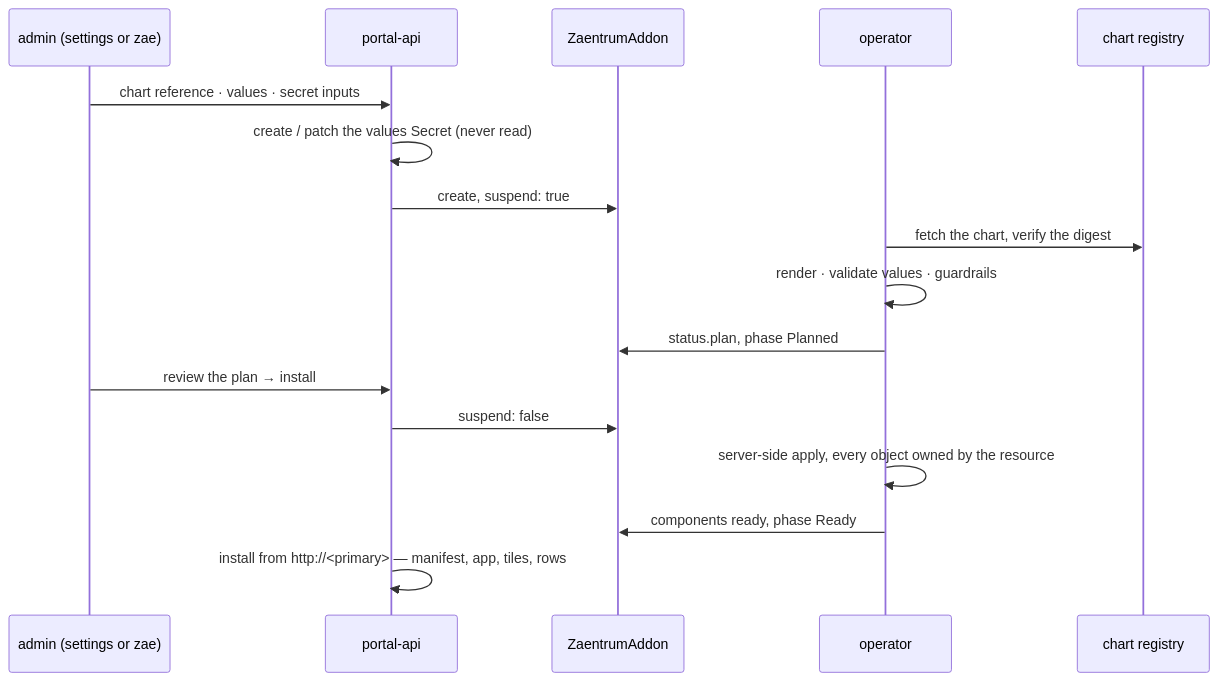
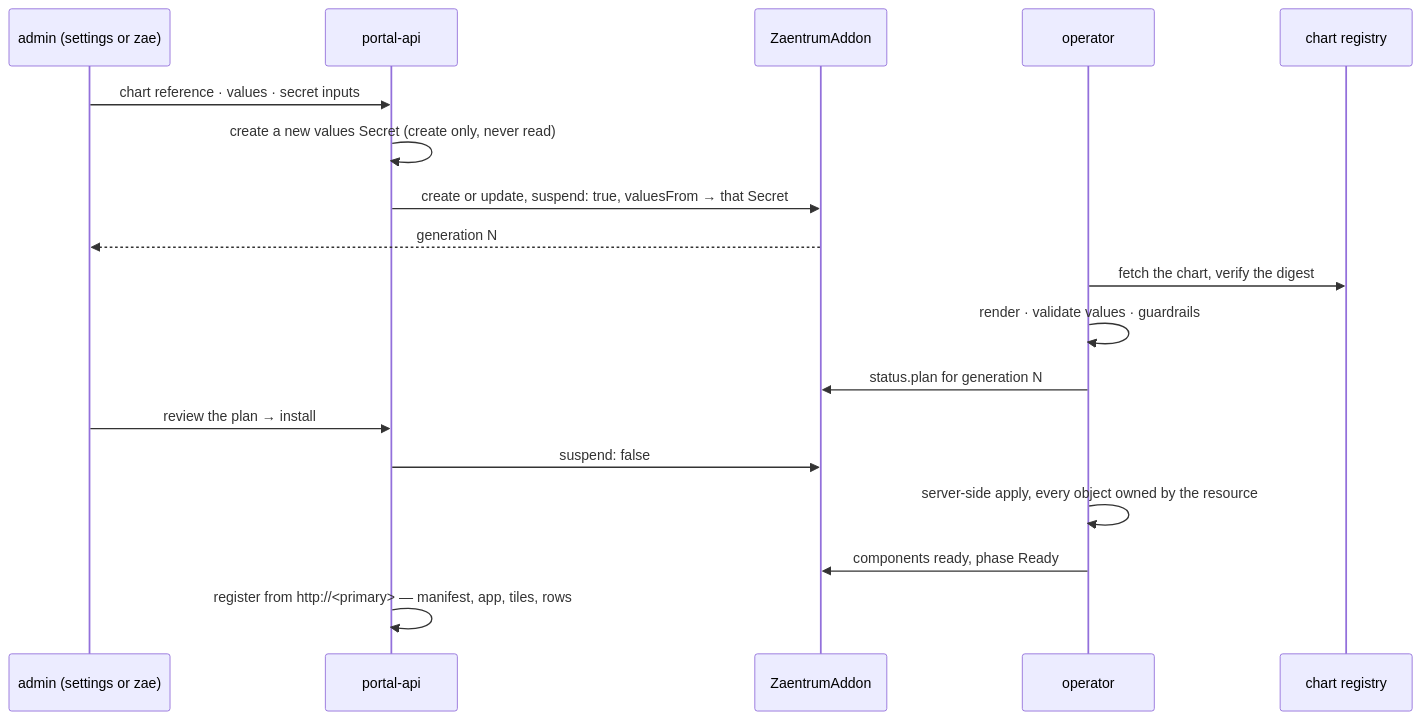
One commit to zaentrum/zaentrum changed the diagram in docs/extending/charts.md. Above: the diagram before and after it, drawn with Mermaid. The commit also changed other lines of this file, not shown here.

First line of the commit message:
docs(extending/charts): how the operator renders, the full guardrails, values Secrets and the API as built

````diff
--- a/docs/extending/charts.md
+++ b/docs/extending/charts.md
@@ -20,19 +20,20 @@
 ```mermaid
 sequenceDiagram
     participant Admin as admin (settings or zae)
     participant API as portal-api
     participant CR as ZaentrumAddon
     participant Op as operator
     participant Reg as chart registry
     Admin->>API: chart reference · values · secret inputs
-    API->>API: create / patch the values Secret (never read)
-    API->>CR: create, suspend: true
+    API->>API: create a new values Secret (create only, never read)
+    API->>CR: create or update, suspend: true, valuesFrom → that Secret
+    CR-->>Admin: generation N
     Op->>Reg: fetch the chart, verify the digest
     Op->>Op: render · validate values · guardrails
-    Op->>CR: status.plan, phase Planned
+    Op->>CR: status.plan for generation N
     Admin->>API: review the plan → install
     API->>CR: suspend: false
     Op->>Op: server-side apply, every object owned by the resource
     Op->>CR: components ready, phase Ready
-    API->>API: install from http://<primary> — manifest, app, tiles, rows
+    API->>API: register from http://<primary> — manifest, app, tiles, rows
 ```
````
